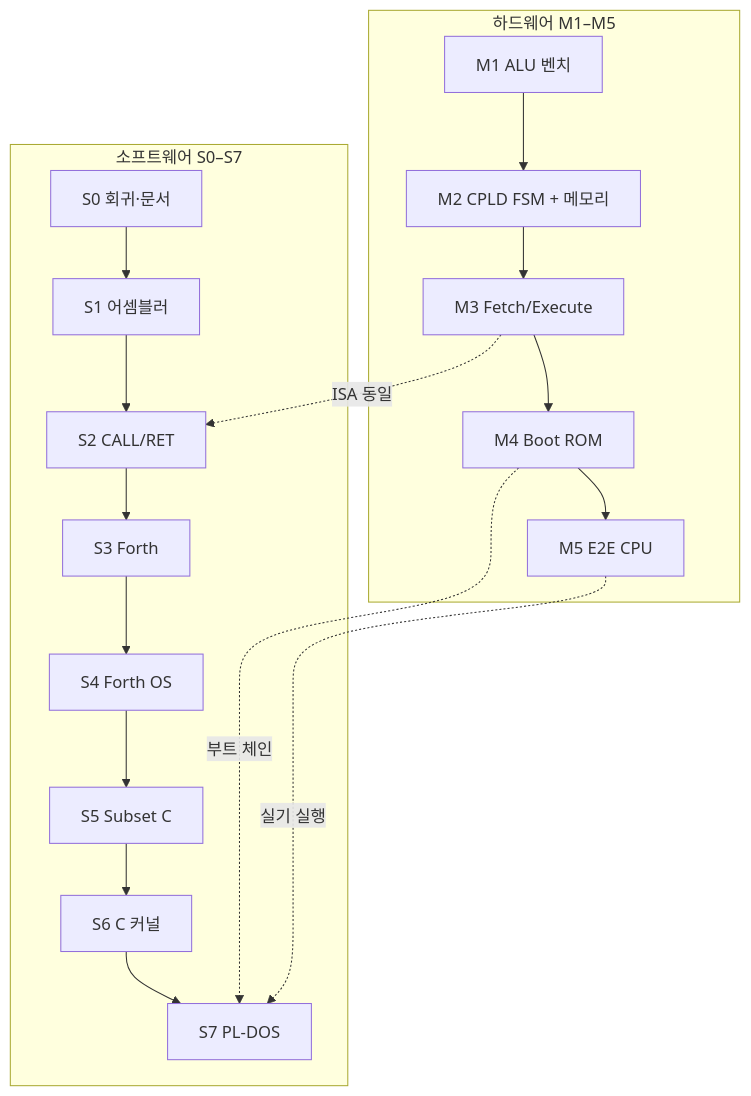
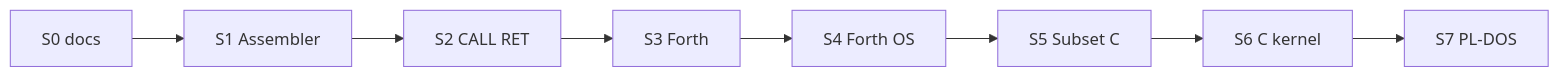
Before and after one commit to Flkalas/plover: the second of 3 diagrams in plover-whitepaper.md, drawn with Mermaid. The commit also changed other lines of this file, not shown here.

````diff
--- a/plover-whitepaper.md
+++ b/plover-whitepaper.md
@@ -60,25 +75,4 @@
 ```mermaid
-flowchart TB
-  subgraph HW["하드웨어 M1–M5"]
-    M1[M1 ALU 벤치]
-    M2[M2 CPLD FSM + 메모리]
-    M3[M3 Fetch/Execute]
-    M4[M4 Boot ROM]
-    M5[M5 E2E CPU]
-    M1 --> M2 --> M3 --> M4 --> M5
-  end
-  subgraph SW["소프트웨어 S0–S7"]
-    S0[S0 회귀·문서]
-    S1[S1 어셈블러]
-    S2[S2 CALL/RET]
-    S3[S3 Forth]
-    S4[S4 Forth OS]
-    S5[S5 Subset C]
-    S6[S6 C 커널]
-    S7[S7 PL-DOS]
-    S0 --> S1 --> S2 --> S3 --> S4 --> S5 --> S6 --> S7
-  end
-  M3 -.->|ISA 동일| S2
-  M4 -.->|부트 체인| S7
-  M5 -.->|실기 실행| S7
+flowchart LR
+  S0[S0 docs] --> S1[S1 Assembler] --> S2[S2 CALL RET] --> S3[S3 Forth] --> S4[S4 Forth OS] --> S5[S5 Subset C] --> S6[S6 C kernel] --> S7[S7 PL-DOS]
 ```
````
